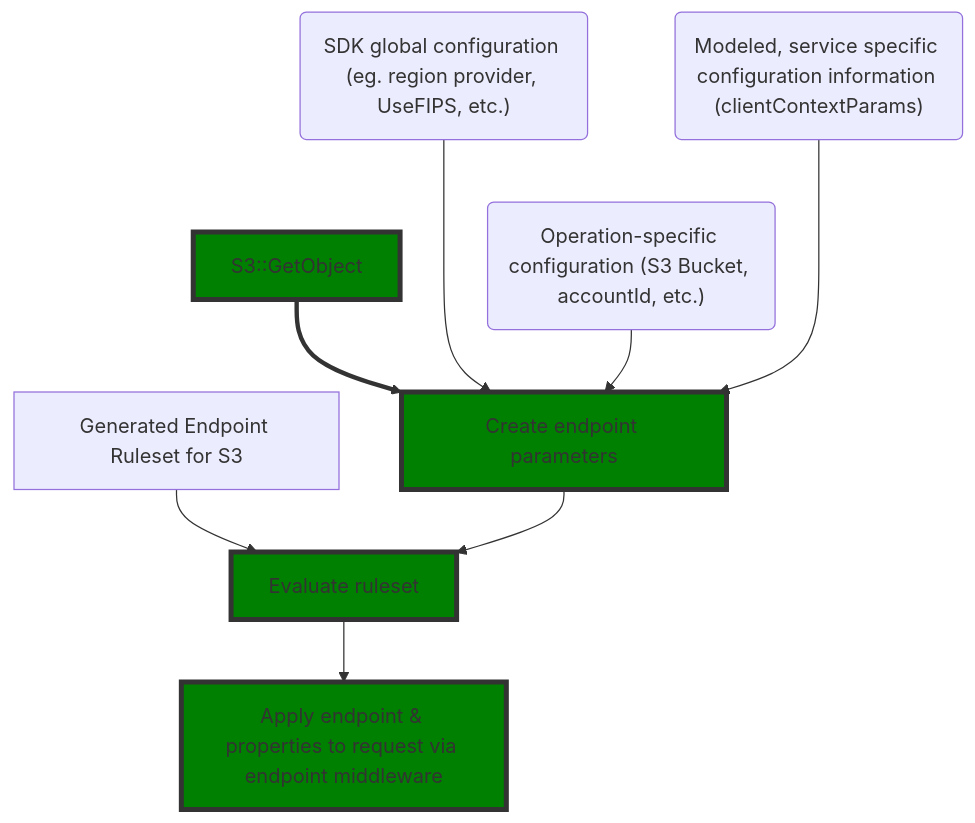
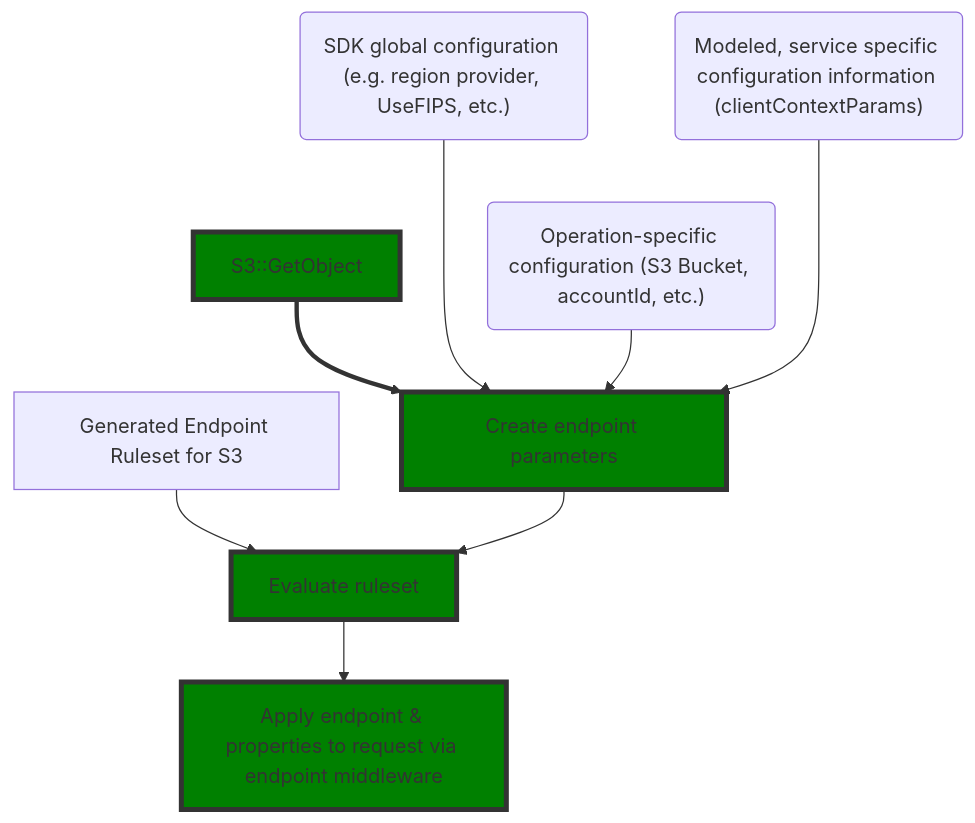
One commit to smithy-lang/smithy-rs changed the diagram in design/src/rfcs/rfc_0020_endpoints_20.md. Above: the diagram before and after it, drawn with Mermaid. The commit also changed other lines of this file, not shown here.

````diff
--- a/design/src/rfcs/rfc_0020_endpoints_20.md
+++ b/design/src/rfcs/rfc_0020_endpoints_20.md
@@ -55,34 +57,34 @@
 ```mermaid
 flowchart TD
-    globalConfig("SDK global configuration (eg. region provider, UseFIPS, etc.)")
+    globalConfig("SDK global configuration (e.g. region provider, UseFIPS, etc.)")
 
     serviceConfig("Modeled, service specific configuration information (clientContextParams)")
 
     operationConfig("Operation-specific configuration (S3 Bucket, accountId, etc.)")
 
     getObject["S3::GetObject"]
 
     params["Create endpoint parameters"]
 
     evaluate["Evaluate ruleset"]
 
     rules["Generated Endpoint Ruleset for S3"]
 
     middleware["Apply endpoint & properties to request via endpoint middleware"]
 
 
 
     style getObject fill:green,stroke:#333,stroke-width:4px
     style params fill:green,stroke:#333,stroke-width:4px
     style evaluate fill:green,stroke:#333,stroke-width:4px
     style middleware fill:green,stroke:#333,stroke-width:4px
 
     getObject ==> params
     globalConfig ---> params
     operationConfig --> params
     serviceConfig ---> params
 
     rules --> evaluate
     params --> evaluate
     evaluate --> middleware
 ```
````
